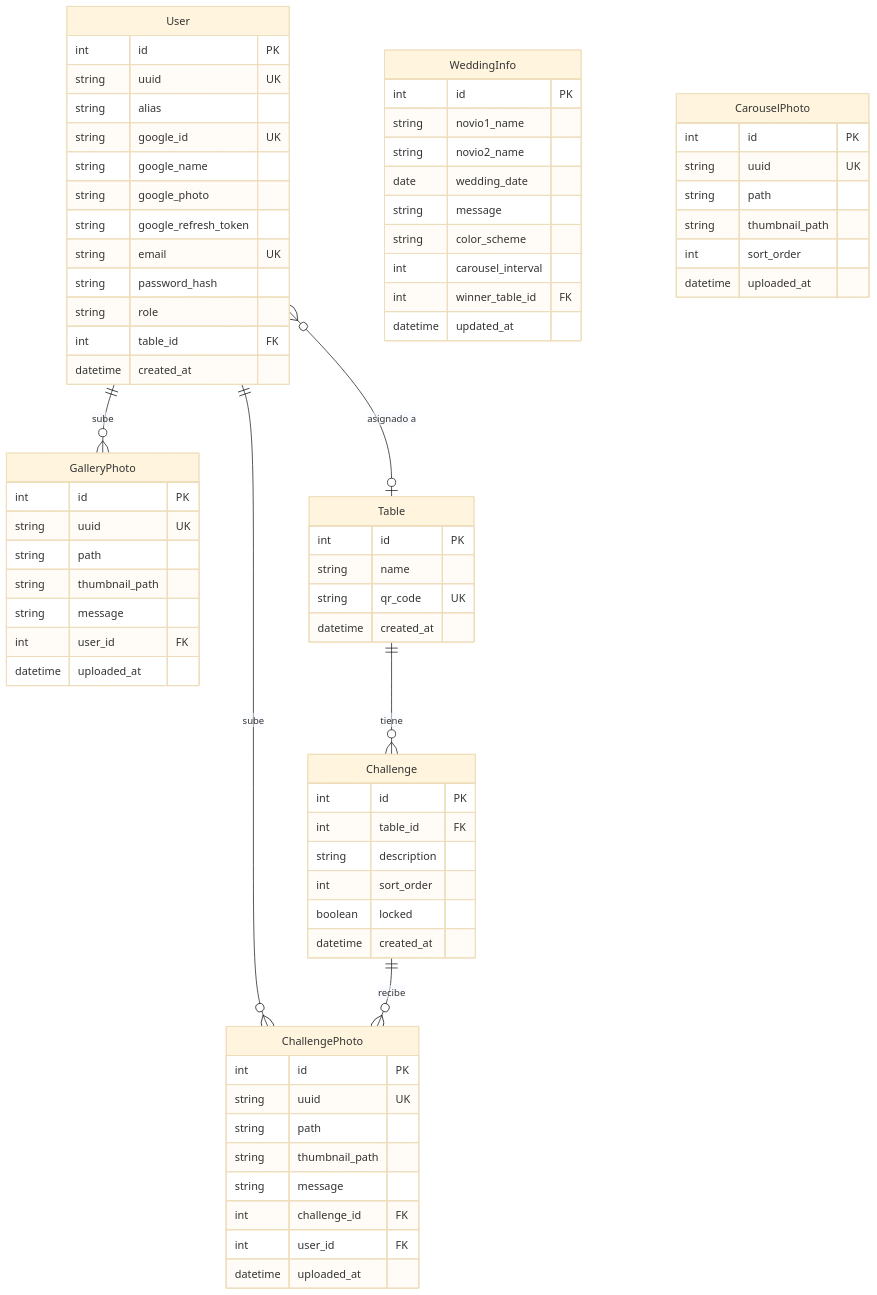
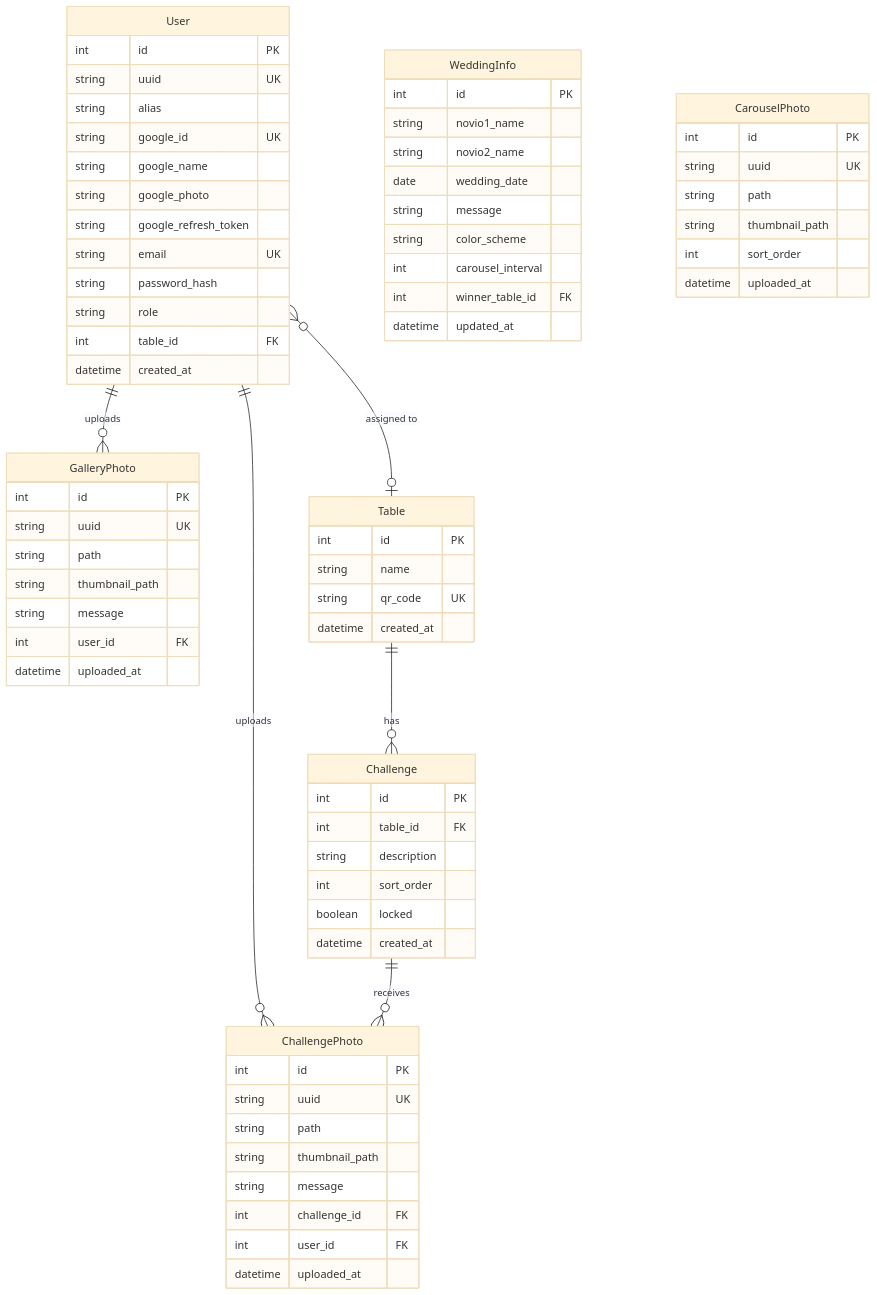
The third of 12 diagrams in README.md (juniornff/wedding-photo-manager), drawn with Mermaid (base theme) before and after one commit. The commit also changed other lines of this file and 10 other files, not shown here.

````diff
--- a/README.md
+++ b/README.md
@@ -104,81 +216,81 @@
 ```mermaid
 erDiagram
     User {
         int id PK
         string uuid UK
         string alias
         string google_id UK
         string google_name
         string google_photo
         string google_refresh_token
         string email UK
         string password_hash
         string role
         int table_id FK
         datetime created_at
     }
 
     WeddingInfo {
         int id PK
         string novio1_name
         string novio2_name
         date wedding_date
         string message
         string color_scheme
         int carousel_interval
         int winner_table_id FK
         datetime updated_at
     }
 
     CarouselPhoto {
         int id PK
         string uuid UK
         string path
         string thumbnail_path
         int sort_order
         datetime uploaded_at
     }
 
     GalleryPhoto {
         int id PK
         string uuid UK
         string path
         string thumbnail_path
         string message
         int user_id FK
         datetime uploaded_at
     }
 
     Table {
         int id PK
         string name
         string qr_code UK
         datetime created_at
     }
 
     Challenge {
         int id PK
         int table_id FK
         string description
         int sort_order
         boolean locked
         datetime created_at
     }
 
     ChallengePhoto {
         int id PK
         string uuid UK
         string path
         string thumbnail_path
         string message
         int challenge_id FK
         int user_id FK
         datetime uploaded_at
     }
 
-    User ||--o{ GalleryPhoto : "sube"
-    User ||--o{ ChallengePhoto : "sube"
-    User }o--o| Table : "asignado a"
-    Table ||--o{ Challenge : "tiene"
-    Challenge ||--o{ ChallengePhoto : "recibe"
+    User ||--o{ GalleryPhoto : "uploads"
+    User ||--o{ ChallengePhoto : "uploads"
+    User }o--o| Table : "assigned to"
+    Table ||--o{ Challenge : "has"
+    Challenge ||--o{ ChallengePhoto : "receives"
 ```
````
